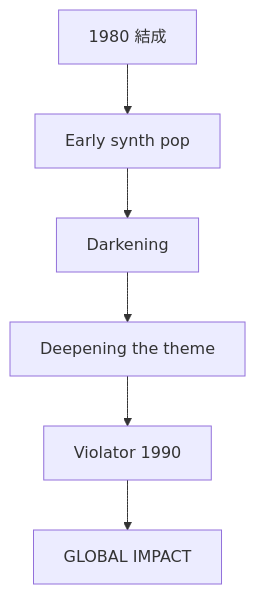
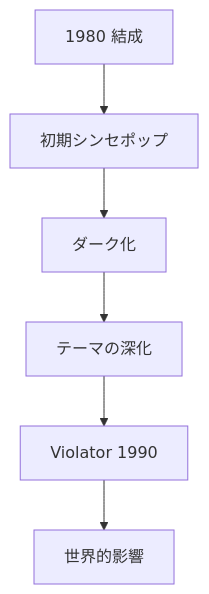
Before and after one commit to monumental-movement/monumental-movement.github.io: the second of 5 diagrams in en/_posts/2026-07-05-column-depache-mode-human-league.md, drawn with Mermaid. The commit also changed other lines of this file and 2196 other files, not shown here.

```diff
--- a/en/_posts/2026-07-05-column-depache-mode-human-league.md
+++ b/en/_posts/2026-07-05-column-depache-mode-human-league.md
@@ -86,8 +85,8 @@
 <div class="mermaid">
 graph TD
-A["1980 結成"] --> B["Early synth pop"]
-B --> C["Darkening"]
-C --> D["Deepening the theme"]
+A["1980 結成"] --> B["初期シンセポップ"]
+B --> C["ダーク化"]
+C --> D["テーマの深化"]
 D --> E["Violator 1990"]
-E --> F["GLOBAL IMPACT"]
+E --> F["世界的影響"]
 </div>
```
